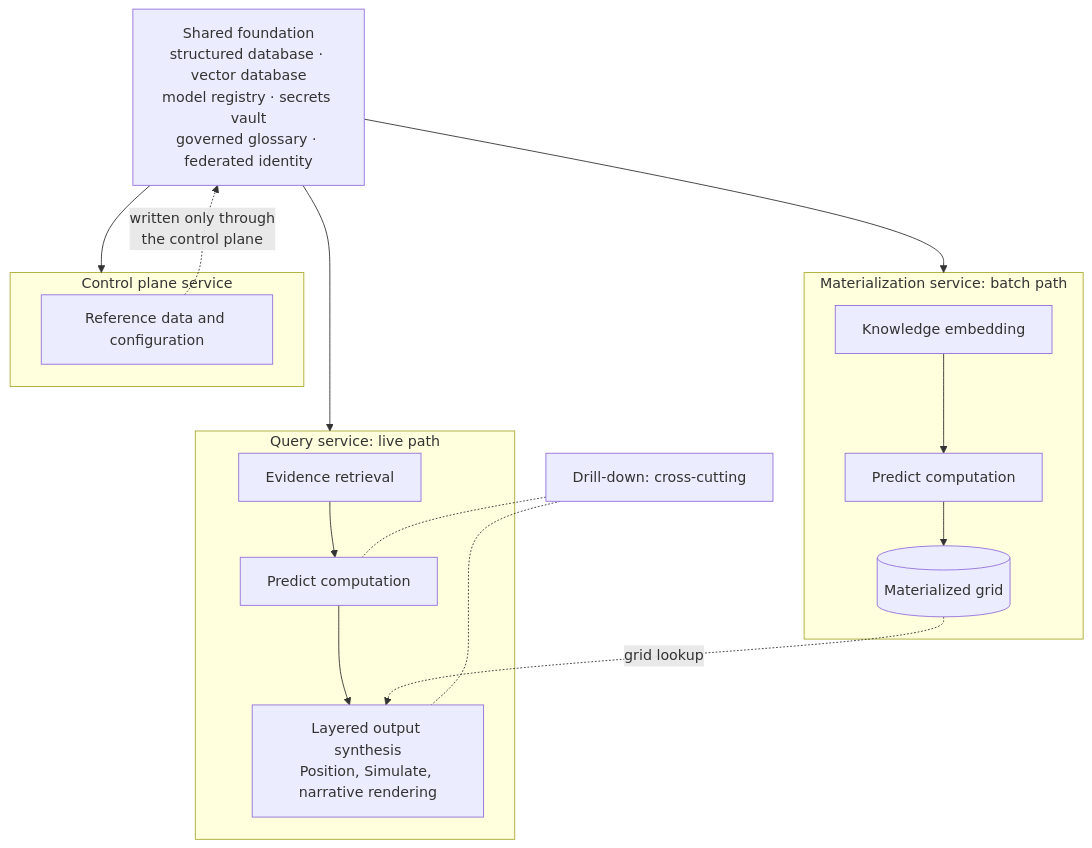
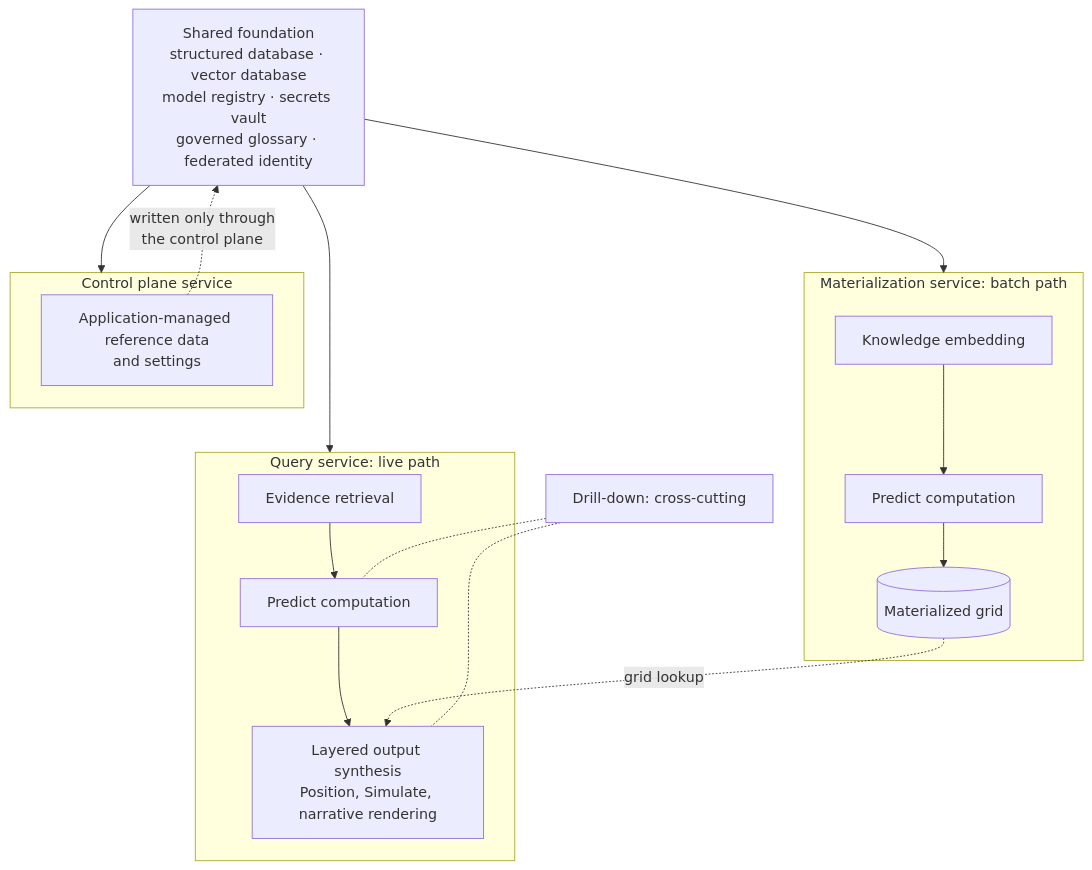
One commit to billy-atkins/price-horizon changed the first of 5 diagrams in specs/application/technical/architecture.md. Above: the diagram before and after it, drawn with Mermaid. The commit also changed other lines of this file and 10 other files, not shown here.

````diff
--- a/specs/application/technical/architecture.md
+++ b/specs/application/technical/architecture.md
@@ -59,36 +59,36 @@
 ```mermaid
 ---
 config:
   layout: dagre
 ---
 flowchart TD
     FOUND["Shared foundation<br/>structured database · vector database<br/>model registry · secrets vault<br/>governed glossary · federated identity"]
 
     subgraph Materialization["Materialization service: batch path"]
         KE["Knowledge embedding"]
         PCN["Predict computation"]
         GRID[("Materialized grid")]
         KE --> PCN --> GRID
     end
 
     subgraph QueryService["Query service: live path"]
         RET["Evidence retrieval"]
         PCL["Predict computation"]
         LOS["Layered output synthesis<br/>Position, Simulate, narrative rendering"]
         RET --> PCL --> LOS
     end
 
     subgraph ControlPlane["Control plane service"]
-        CFG["Reference data and configuration"]
+        CFG["Application-managed reference data<br/>and settings"]
     end
 
     DRILL["Drill-down: cross-cutting"]
 
     FOUND --> Materialization
     FOUND --> QueryService
     FOUND --> ControlPlane
     CFG -. "written only through<br/>the control plane" .-> FOUND
     GRID -. "grid lookup" .-> LOS
     DRILL -.- PCL
     DRILL -.- LOS
 ```
````
